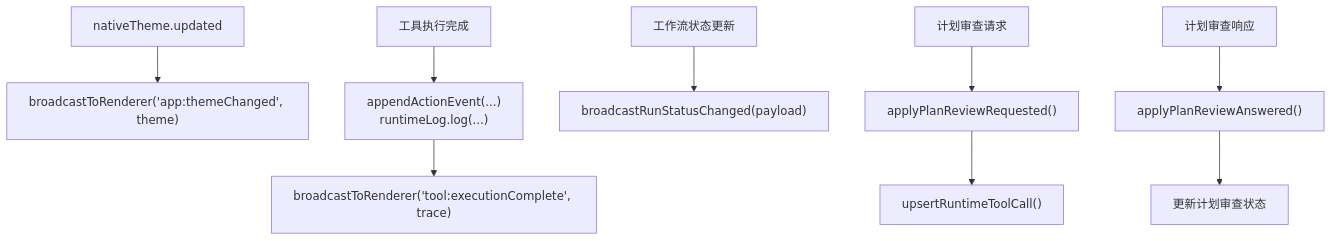
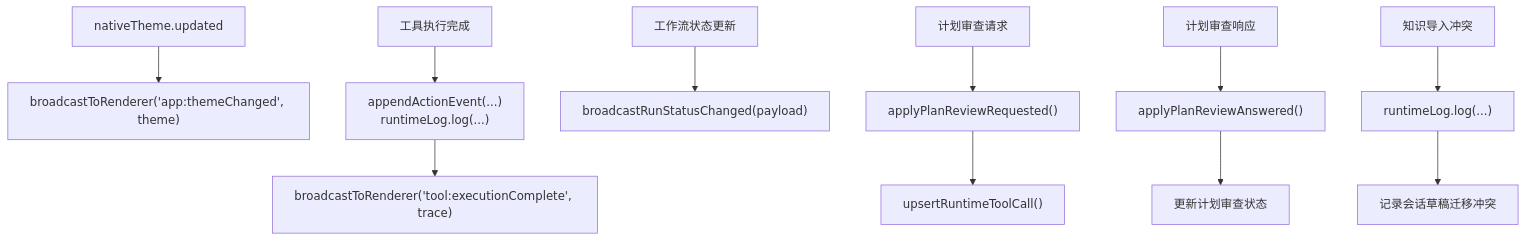
The sixth of 9 diagrams in .qoder/repowiki/zh/content/架构设计/渲染器架构/IPC 通信.md (haolange/RDC-Agent), drawn with Mermaid before and after one commit. The commit also changed other lines of this file and 6 other files, not shown here.

````diff
--- a/.qoder/repowiki/zh/content/架构设计/渲染器架构/IPC 通信.md
+++ b/.qoder/repowiki/zh/content/架构设计/渲染器架构/IPC 通信.md
@@ -278,11 +295,13 @@
 ```mermaid
 flowchart TD
 A["nativeTheme.updated"] --> B["broadcastToRenderer('app:themeChanged', theme)"]
 C["工具执行完成"] --> D["appendActionEvent(...)<br/>runtimeLog.log(...)"]
 D --> E["broadcastToRenderer('tool:executionComplete', trace)"]
 F["工作流状态更新"] --> G["broadcastRunStatusChanged(payload)"]
 H["计划审查请求"] --> I["applyPlanReviewRequested()"]
 I --> J["upsertRuntimeToolCall()"]
 K["计划审查响应"] --> L["applyPlanReviewAnswered()"]
 L --> M["更新计划审查状态"]
+N["知识导入冲突"] --> O["runtimeLog.log(...)"]
+O --> P["记录会话草稿迁移冲突"]
 ```
````
